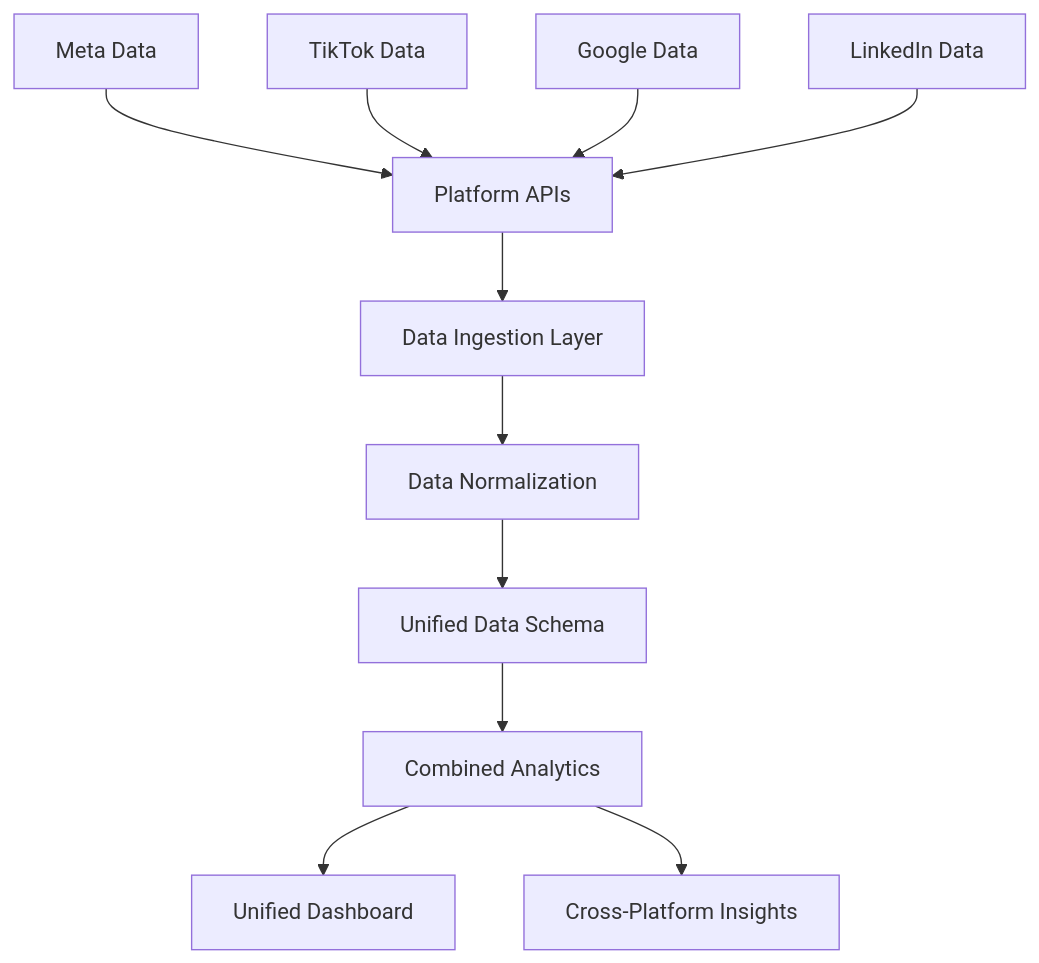
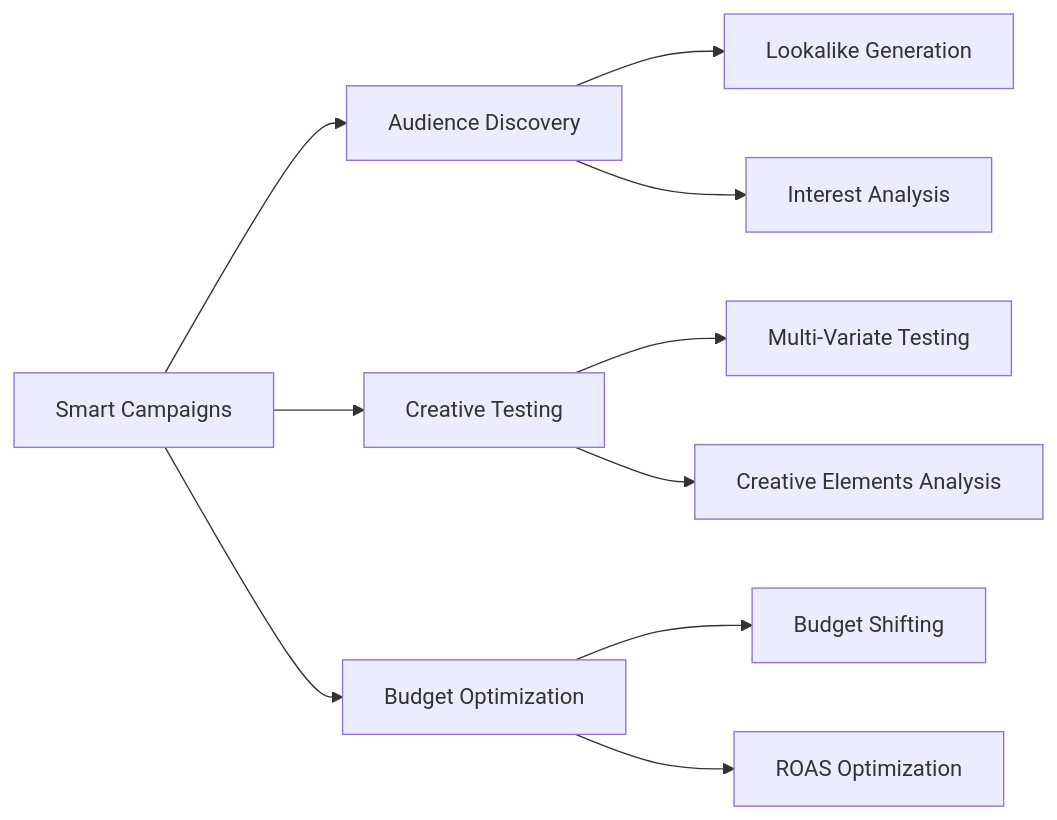
One commit to Yengner/DeepVisor changed the third of 4 diagrams in README.md. Above: the diagram before and after it, drawn with Mermaid. The commit also changed other lines of this file, not shown here.

````diff
--- a/README.md
+++ b/README.md
@@ -148,14 +128,15 @@
 ```mermaid
-graph TD
-    A[Platform APIs] --> B[Data Ingestion Layer]
-    B --> C[Data Normalization]
-    C --> D[Unified Data Schema]
-    D --> E[Combined Analytics]
-    E --> F[Unified Dashboard]
-    E --> G[Cross-Platform Insights]
+graph LR
+    A[Smart Campaigns] --> B[Audience Discovery]
+    A --> C[Creative Testing]
+    A --> D[Budget Optimization]
     
-    H[Meta Data] --> A
-    I[TikTok Data] --> A
-    J[Google Data] --> A
-    K[LinkedIn Data] --> A
+    B --> B1[Lookalike Generation]
+    B --> B2[Interest Analysis]
+    
+    C --> C1[Multi-Variate Testing]
+    C --> C2[Creative Elements Analysis]
+    
+    D --> D1[Budget Shifting]
+    D --> D2[ROAS Optimization]
 ```
````
